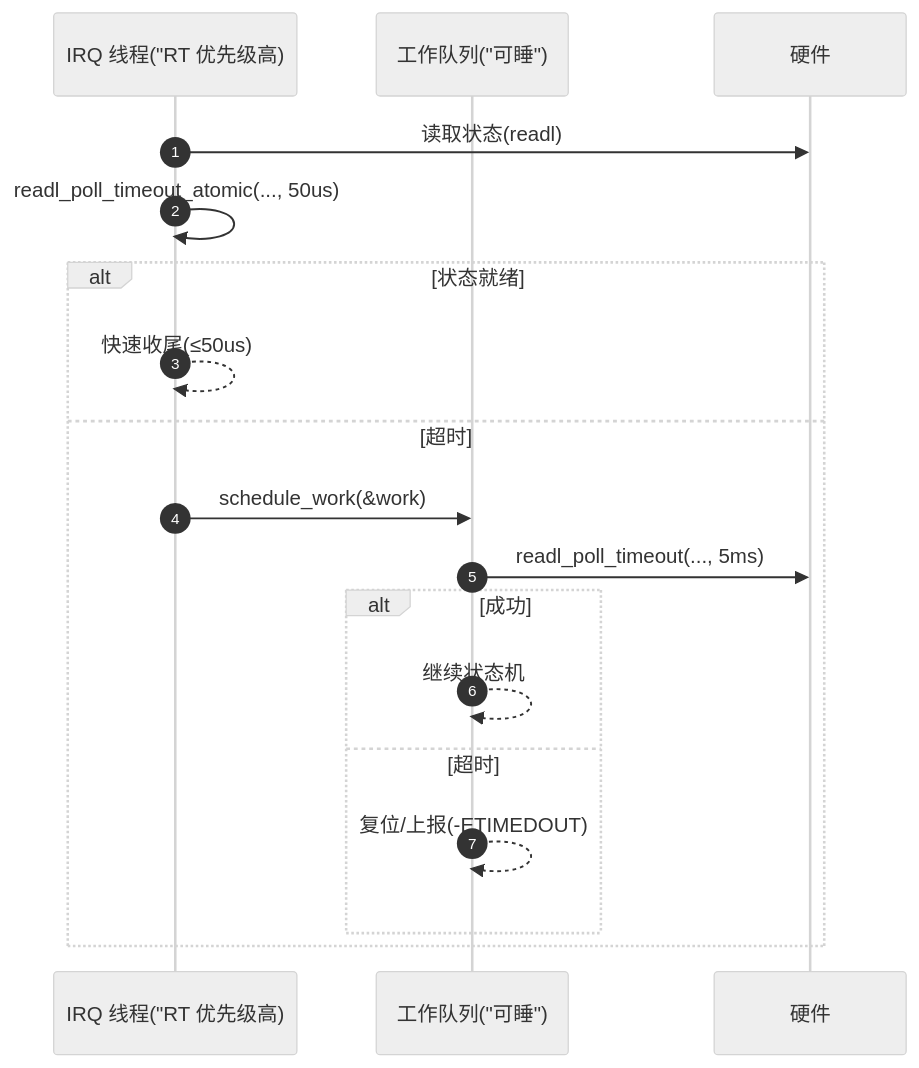
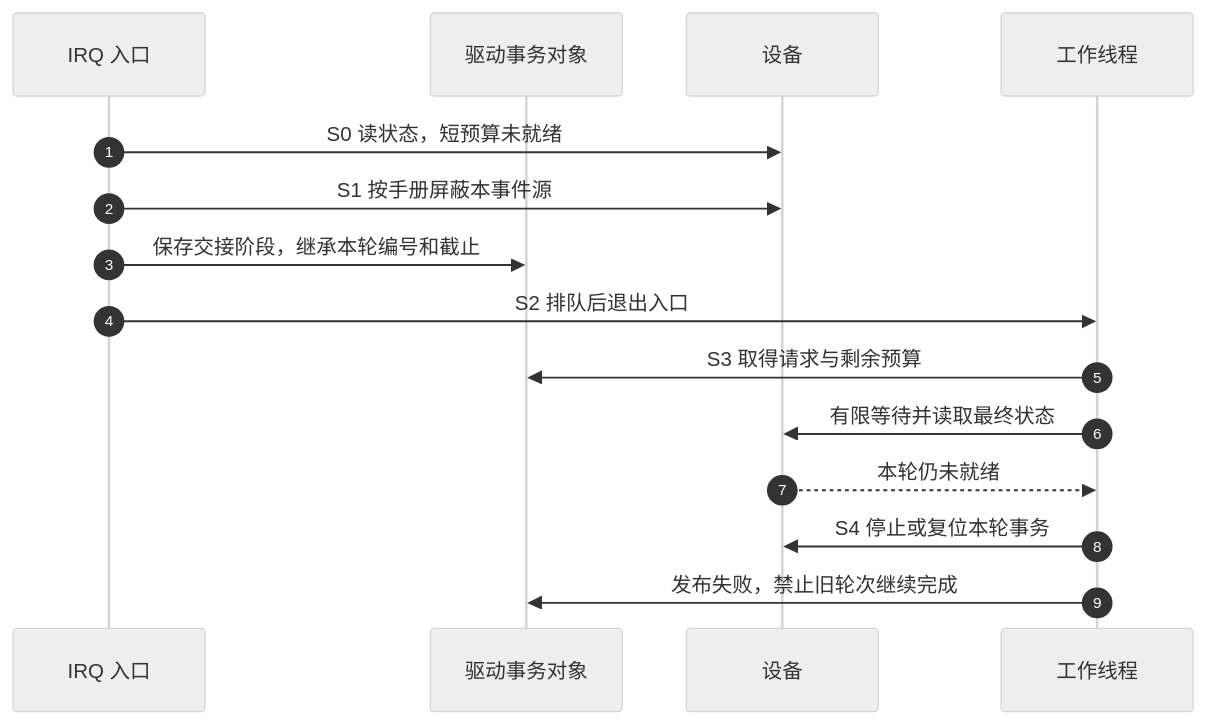
Before and after one commit to FormingSystem/linux_note: the third of 3 diagrams in knowledge/linux/synchronization_and_asynchrony/asynchrony/timers/P08_忙等待与短延时_udelay()_ndelay()_的边界.md, drawn with Mermaid (neutral theme). The commit also changed other lines of this file and 1 other file, not shown here.

````diff
--- a/knowledge/linux/synchronization_and_asynchrony/asynchrony/timers/P08_忙等待与短延时_udelay()_ndelay()_的边界.md
+++ b/knowledge/linux/synchronization_and_asynchrony/asynchrony/timers/P08_忙等待与短延时_udelay()_ndelay()_的边界.md
@@ -376,20 +286,17 @@
 ```mermaid
 sequenceDiagram
   autonumber
-  participant IRQ as IRQ 线程("RT 优先级高)
-  participant W as 工作队列("可睡")
-  participant HW as 硬件
-  IRQ->>HW: 读取状态(readl)
-  IRQ->>IRQ: readl_poll_timeout_atomic(..., 50us)
-  alt 状态就绪
-    IRQ-->>IRQ: 快速收尾(≤50us)
-  else 超时
-    IRQ->>W: schedule_work(&work)
-    W->>HW: readl_poll_timeout(..., 5ms)
-    alt 成功
-      W-->>W: 继续状态机
-    else 超时
-      W-->>W: 复位/上报(-ETIMEDOUT)
-    end
-  end
+  participant I as IRQ 入口
+  participant O as 驱动事务对象
+  participant H as 设备
+  participant W as 工作线程
+  I->>H: S0 读状态，短预算未就绪
+  I->>H: S1 按手册屏蔽本事件源
+  I->>O: 保存交接阶段，继承本轮编号和截止
+  I->>W: S2 排队后退出入口
+  W->>O: S3 取得请求与剩余预算
+  W->>H: 有限等待并读取最终状态
+  H-->>W: 本轮仍未就绪
+  W->>H: S4 停止或复位本轮事务
+  W->>O: 发布失败，禁止旧轮次继续完成
 ```
````
